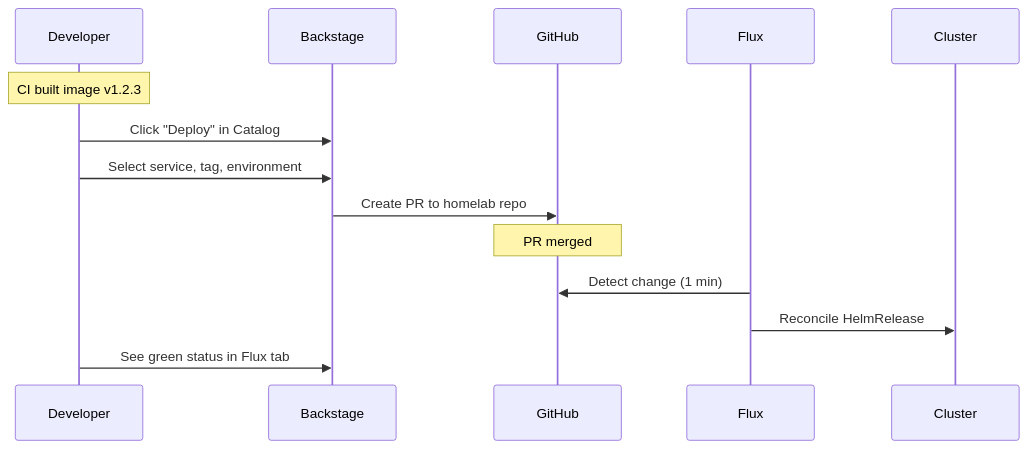
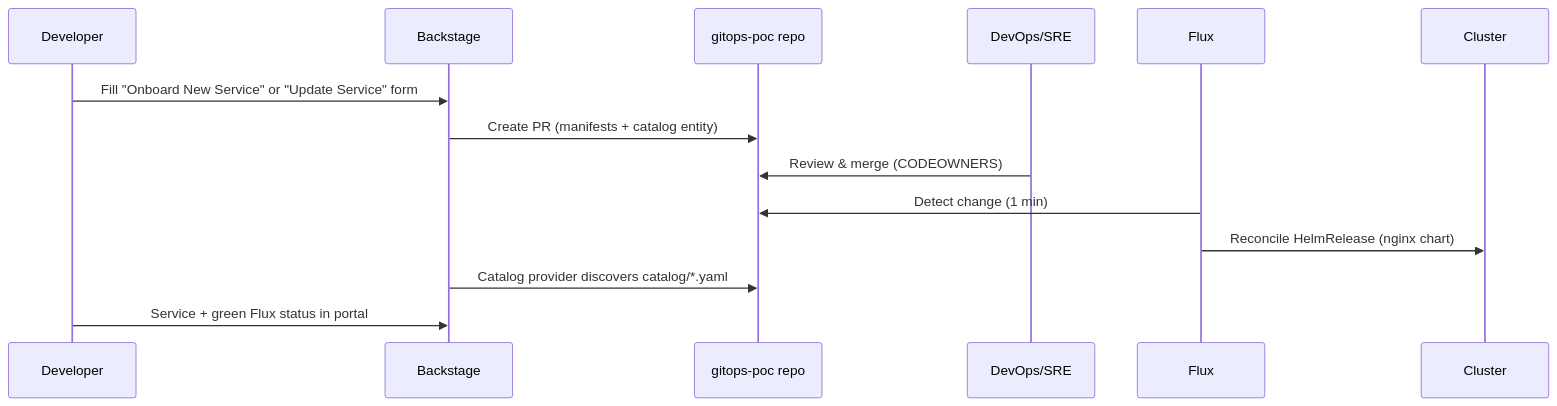
The second of 2 diagrams in README.md (duynhlab/backstage), drawn with Mermaid before and after one commit. The commit also changed other lines of this file and 32 other files, not shown here.

First line of the commit message:
feat: complete self-service POC — helmfile stack, CNPG database, PR-based templates

````diff
--- a/README.md
+++ b/README.md
@@ -53,17 +54,17 @@
 ```mermaid
 sequenceDiagram
     participant Dev as Developer
     participant BS as Backstage
-    participant GH as GitHub
+    participant GH as gitops-poc repo
+    participant Ops as DevOps/SRE
     participant Flux as Flux
     participant K8s as Cluster
 
-    Note over Dev: CI built image v1.2.3
-    Dev->>BS: Click "Deploy" in Catalog
-    Dev->>BS: Select service, tag, environment
-    BS->>GH: Create PR to homelab repo
-    Note over GH: PR merged
+    Dev->>BS: Fill "Onboard New Service" or "Update Service" form
+    BS->>GH: Create PR (manifests + catalog entity)
+    Ops->>GH: Review & merge (CODEOWNERS)
     Flux->>GH: Detect change (1 min)
-    Flux->>K8s: Reconcile HelmRelease
-    Dev->>BS: See green status in Flux tab
+    Flux->>K8s: Reconcile HelmRelease (nginx chart)
+    BS->>GH: Catalog provider discovers catalog/*.yaml
+    Dev->>BS: Service + green Flux status in portal
 ```
````
